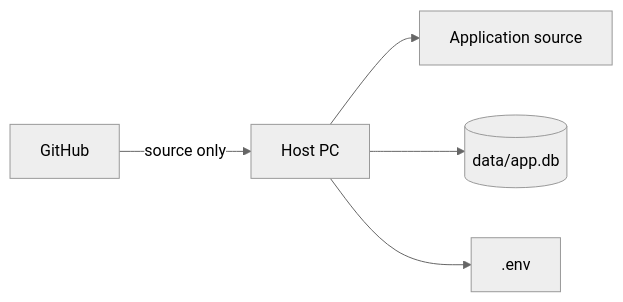
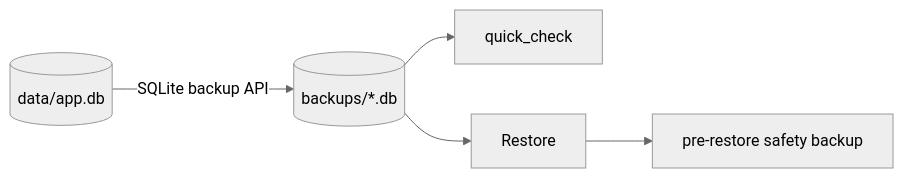
The eighth of 8 diagrams in docs/ARCHITECTURE.md (k-systems202208/python-sqlite-tailscale-webapp-template), drawn with Mermaid (neutral theme) before and after one commit. The commit also changed other lines of this file and 42 other files, not shown here.

````diff
--- a/docs/ARCHITECTURE.md
+++ b/docs/ARCHITECTURE.md
@@ -165,7 +173,7 @@
 ```mermaid
 flowchart LR
-    G["GitHub"] -->|"source only"| H["Host PC"]
-    H --> A["Application source"]
-    H --> D[("data/app.db")]
-    H --> E[".env"]
+    DB[("data/app.db")] -->|"SQLite backup API"| B[("backups/*.db")]
+    B --> C["quick_check"]
+    B --> R["Restore"]
+    R --> S["pre-restore safety backup"]
 ```
````
